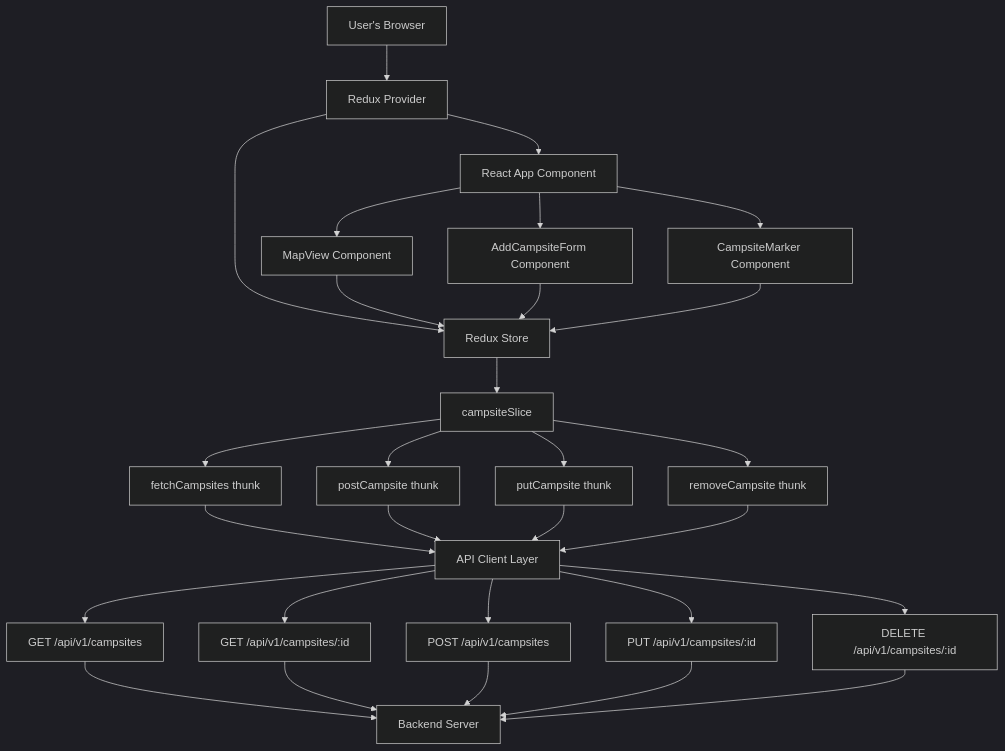
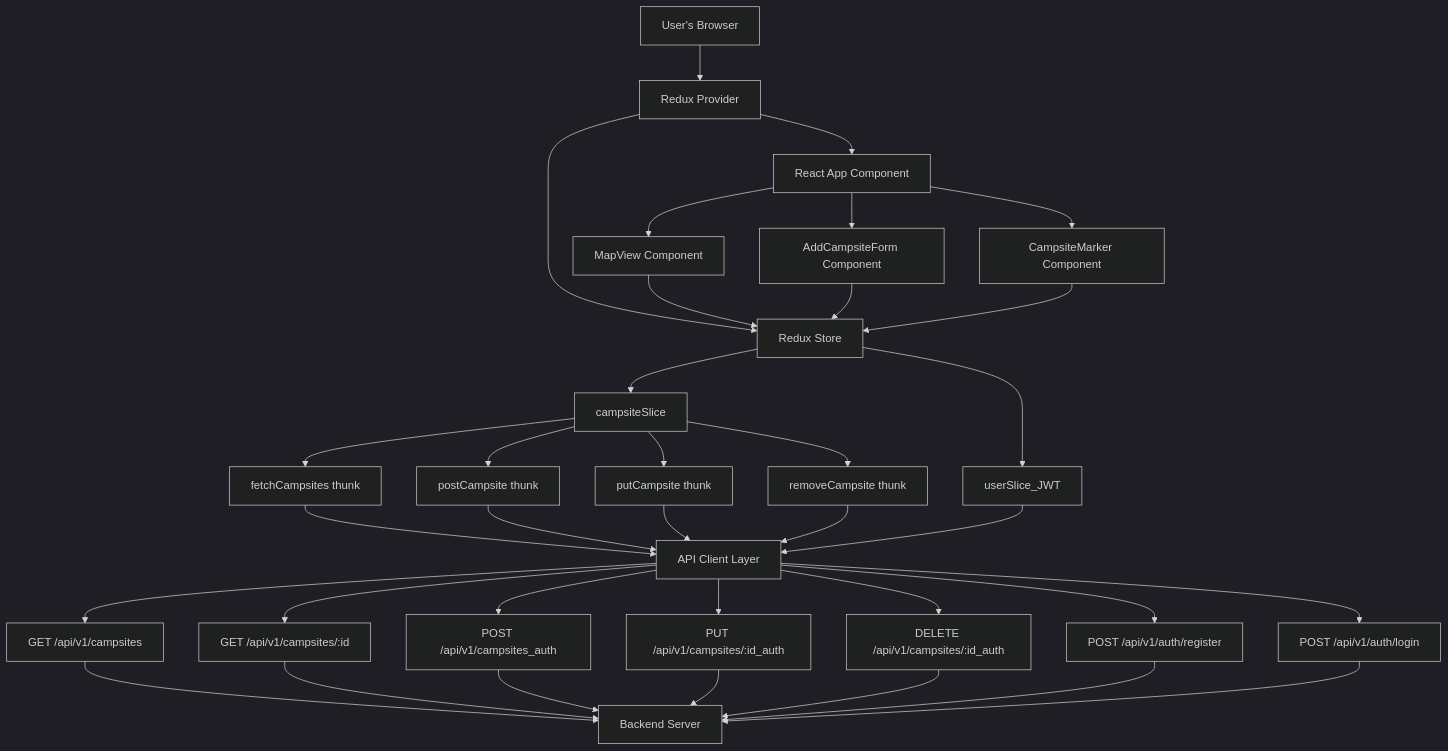
One commit to baileydunning/campsights changed the first of 2 diagrams in README.md. Above: the diagram before and after it, drawn with Mermaid (dark theme). The commit also changed other lines of this file, not shown here.

````diff
--- a/README.md
+++ b/README.md
@@ -43,37 +45,37 @@
 ```mermaid
 flowchart TD
-    A[User's Browser] --> B[Redux Provider]
-    B --> C[Redux Store]
-    B --> D[React App Component]
-    
-    D --> E[MapView Component]
-    D --> F[AddCampsiteForm Component]
-    D --> G[CampsiteMarker Component]
-    
-    E --> C
-    F --> C
-    G --> C
-    
-    C --> H[campsiteSlice]
-    H --> I[fetchCampsites thunk]
-    H --> J[postCampsite thunk]
-    H --> K[putCampsite thunk]
-    H --> L[removeCampsite thunk]
-    
-    I --> M[API Client Layer]
-    J --> M
-    K --> M
-    L --> M
-    
-    M --> N[GET /api/v1/campsites]
-    M --> N2[GET /api/v1/campsites/:id]
-    M --> O[POST /api/v1/campsites]
-    M --> P[PUT /api/v1/campsites/:id]
-    M --> Q[DELETE /api/v1/campsites/:id]
-    
-    N --> T[Backend Server]
-    N2 --> T
-    O --> T
-    P --> T
-    Q --> T
+    A1[User's Browser] --> B1[Redux Provider]
+    B1 --> C1[Redux Store]
+    B1 --> D1[React App Component]
+    D1 --> E1[MapView Component]
+    D1 --> F1[AddCampsiteForm Component]
+    D1 --> G1[CampsiteMarker Component]
+    E1 --> C1
+    F1 --> C1
+    G1 --> C1
+    C1 --> H1[campsiteSlice]
+    C1 --> V1[userSlice_JWT]
+    H1 --> I1[fetchCampsites thunk]
+    H1 --> J1[postCampsite thunk]
+    H1 --> K1[putCampsite thunk]
+    H1 --> L1[removeCampsite thunk]
+    I1 --> M1[API Client Layer]
+    J1 --> M1
+    K1 --> M1
+    L1 --> M1
+    V1 --> M1
+    M1 --> N1[GET /api/v1/campsites]
+    M1 --> N2[GET /api/v1/campsites/:id]
+    M1 --> O1[POST /api/v1/campsites_auth]
+    M1 --> P1[PUT /api/v1/campsites/:id_auth]
+    M1 --> Q1[DELETE /api/v1/campsites/:id_auth]
+    M1 --> W1[POST /api/v1/auth/register]
+    M1 --> X1[POST /api/v1/auth/login]
+    N1 --> T1[Backend Server]
+    N2 --> T1
+    O1 --> T1
+    P1 --> T1
+    Q1 --> T1
+    W1 --> T1
+    X1 --> T1
 ```
````
